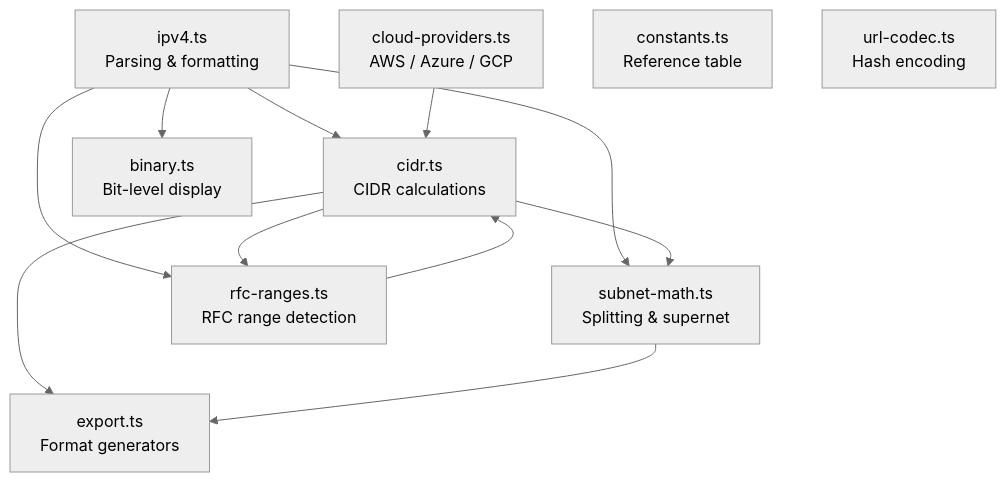
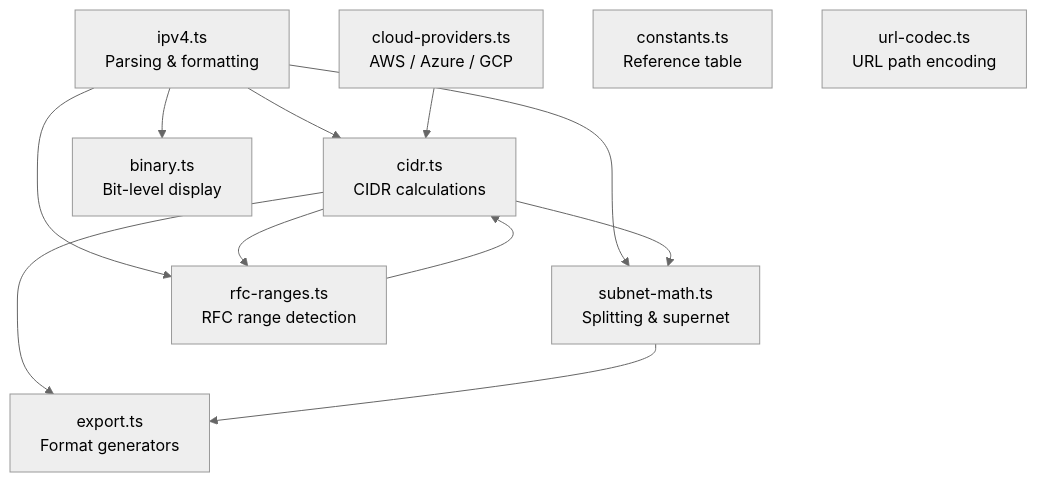
One commit to russmckendrick/subnet changed the diagram in docs/calculation-engine.md. Above: the diagram before and after it, drawn with Mermaid (neutral theme). The commit also changed other lines of this file and 13 other files, not shown here.

````diff
--- a/docs/calculation-engine.md
+++ b/docs/calculation-engine.md
@@ -7,23 +7,23 @@
 ```mermaid
 flowchart TD
     ipv4["ipv4.ts<br/>Parsing & formatting"]
     cidr["cidr.ts<br/>CIDR calculations"]
     subnetmath["subnet-math.ts<br/>Splitting & supernet"]
     binary["binary.ts<br/>Bit-level display"]
     cloud["cloud-providers.ts<br/>AWS / Azure / GCP"]
     rfc["rfc-ranges.ts<br/>RFC range detection"]
     constants["constants.ts<br/>Reference table"]
     exportmod["export.ts<br/>Format generators"]
-    urlcodec["url-codec.ts<br/>Hash encoding"]
+    urlcodec["url-codec.ts<br/>URL path encoding"]
 
     ipv4 --> cidr
     ipv4 --> subnetmath
     ipv4 --> binary
     ipv4 --> rfc
     cidr --> subnetmath
     cidr --> rfc
     cidr --> exportmod
     cloud --> cidr
     rfc --> cidr
     subnetmath --> exportmod
 ```
````
